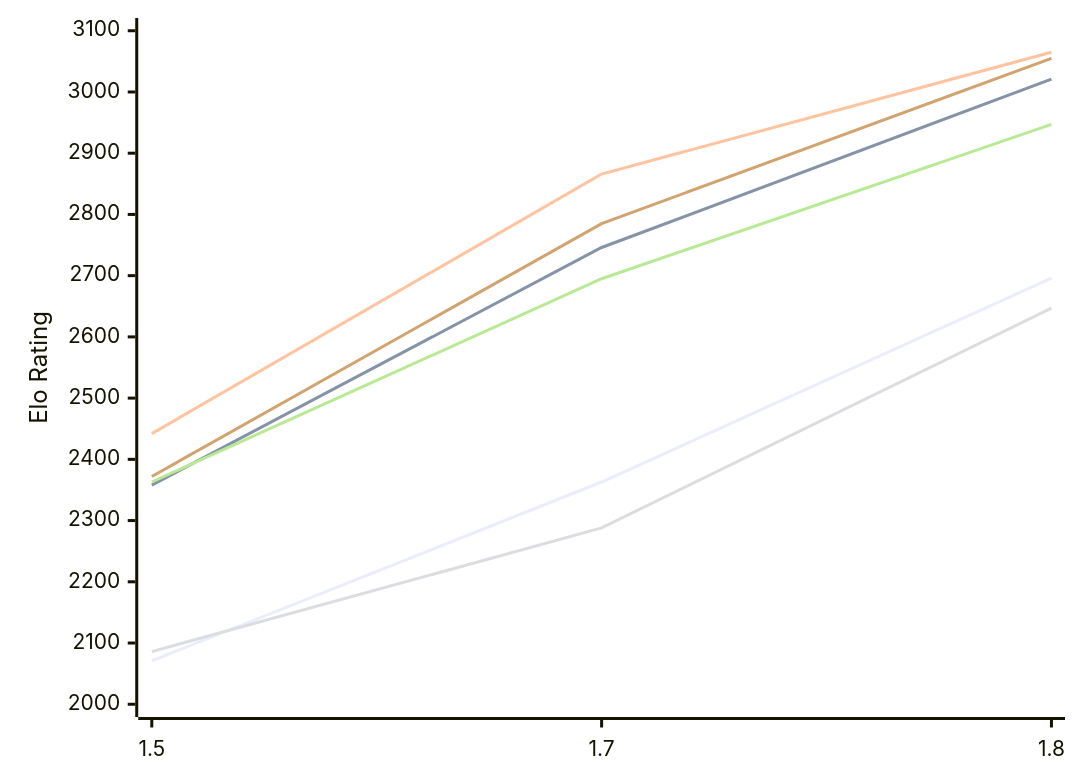
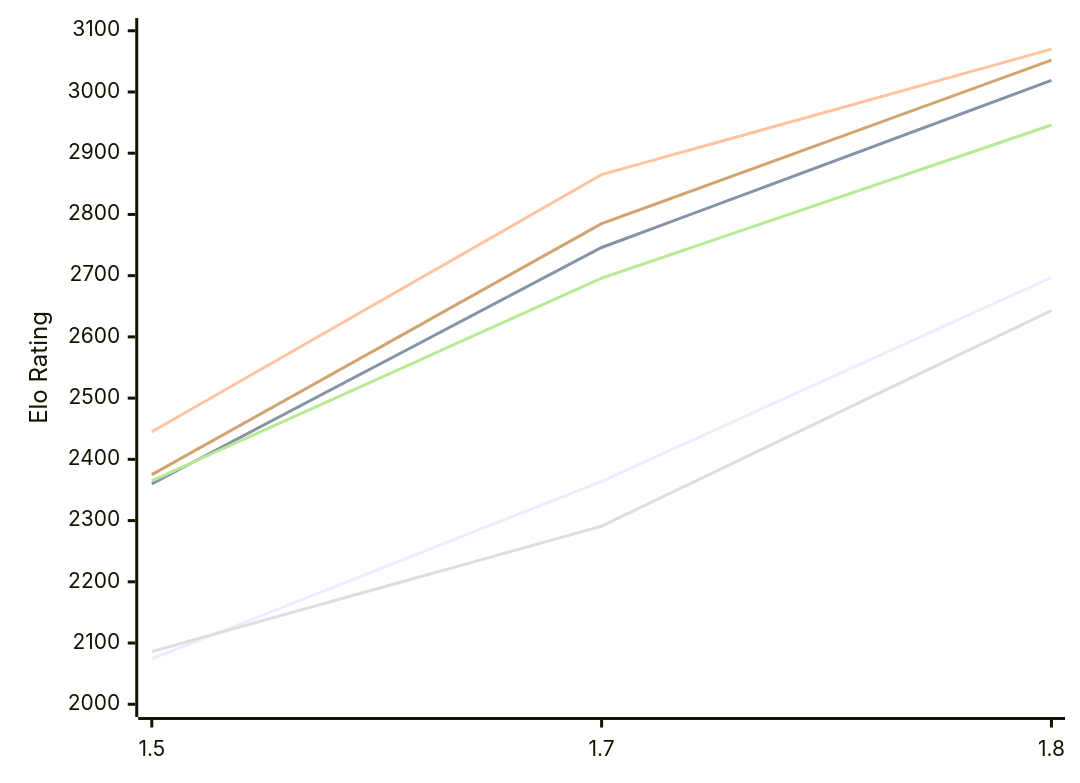
The first of 2 diagrams in engines/Facon.md (computer-chess-index/cci), drawn with Mermaid before and after one commit. The commit also changed other lines of this file, not shown here.

Commit message:
Update CCI Ratings (ELO VLTC) - 2026-11-19

````diff
--- a/engines/Facon.md
+++ b/engines/Facon.md
@@ -54,12 +54,12 @@
 ```mermaid
 %%{init: {"theme":"base","themeVariables":{"seriesColors:['#a3a3a3','#222221','#faa371']}}}%%
 xychart-beta
   x-axis ["1.5", "1.7", "1.8"]
   y-axis "Elo Rating" 2000 --> 3100
-  line "E1: STC (8.0+0.08s)" [2071, 2363, 2696]
-  line "E1: LTC (60.0+0.60s)" [2358, 2746, 3021]
-  line "E1: VLTC (2m24s+1.12s)" [2442, 2866, 3065]
-  line "P1: STC (8.0+0.08s)" [2086, 2288, 2647]
-  line "P1: LTC (60.0+0.60s)" [2363, 2695, 2947]
-  line "P1: VLTC (2m24s+1.12s)" [2372, 2785, 3055]
+  line "E1: STC (8.0+0.08s)" [2074, 2364, 2697]
+  line "E1: LTC (60.0+0.60s)" [2360, 2746, 3019]
+  line "E1: VLTC (2m24s+1.12s)" [2445, 2865, 3070]
+  line "P1: STC (8.0+0.08s)" [2086, 2291, 2643]
+  line "P1: LTC (60.0+0.60s)" [2365, 2696, 2946]
+  line "P1: VLTC (2m24s+1.12s)" [2375, 2785, 3052]
 ```
````
